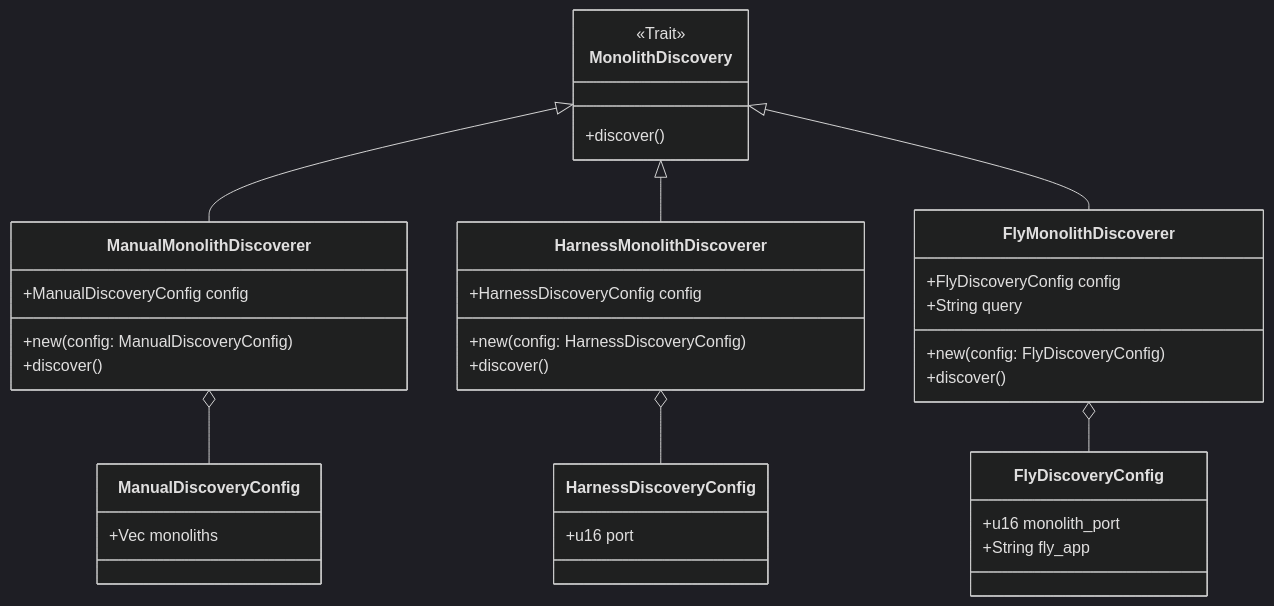
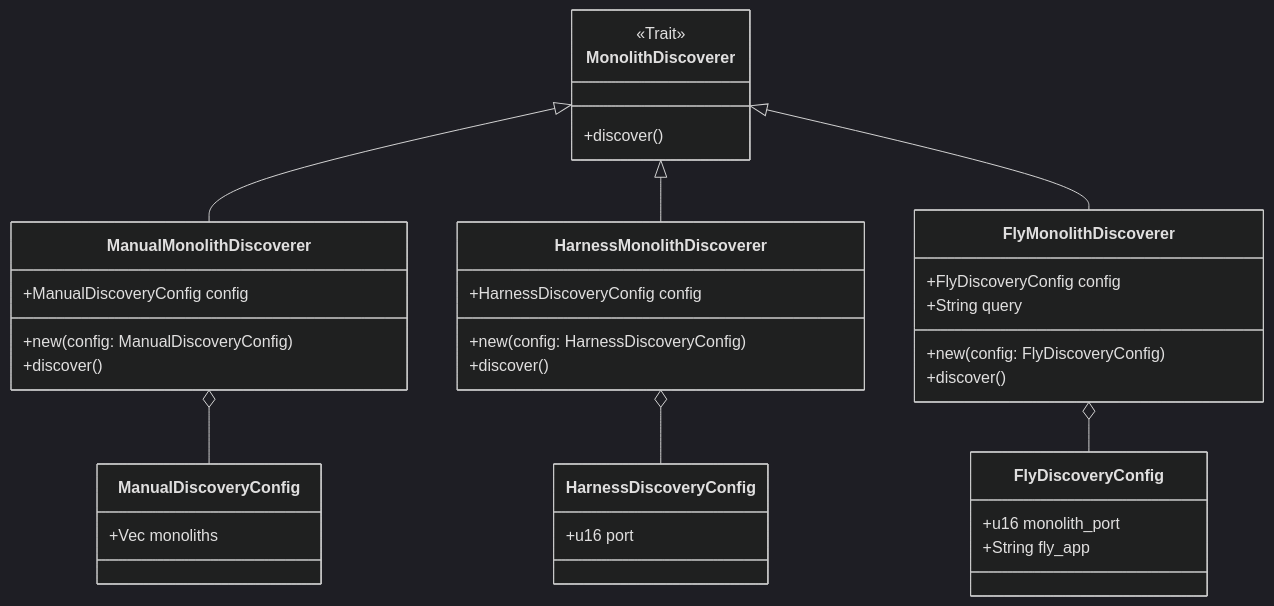
One commit to dyc3/senior-design changed the diagram in figures/monolith-discoverers.mmd. Above: the diagram before and after it, drawn with Mermaid (dark theme). The commit also changed 3 other files, not shown here.

Commit message:
update monolith discovery diagrams (#192)

```diff
--- a/figures/monolith-discoverers.mmd
+++ b/figures/monolith-discoverers.mmd
@@ -1,35 +1,35 @@
 classDiagram
     direction BT
-    class MonolithDiscovery {
+    class MonolithDiscoverer {
         <<Trait>>
         +discover()
     }
-    ManualMonolithDiscoverer --|> MonolithDiscovery
-    HarnessMonolithDiscoverer --|> MonolithDiscovery
-    FlyMonolithDiscoverer --|> MonolithDiscovery
+    ManualMonolithDiscoverer --|> MonolithDiscoverer
+    HarnessMonolithDiscoverer --|> MonolithDiscoverer
+    FlyMonolithDiscoverer --|> MonolithDiscoverer
 
     FlyDiscoveryConfig --o FlyMonolithDiscoverer
     FlyDiscoveryConfig : +u16 monolith_port
     FlyDiscoveryConfig : +String fly_app
     class FlyMonolithDiscoverer{
         +FlyDiscoveryConfig config
         +String query
         +new(config: FlyDiscoveryConfig)
         +discover()
     }
 
     ManualDiscoveryConfig --o ManualMonolithDiscoverer
     ManualDiscoveryConfig : +Vec monoliths
     class ManualMonolithDiscoverer{
         +ManualDiscoveryConfig config
         +new(config: ManualDiscoveryConfig)
         +discover()
     }
 
     HarnessDiscoveryConfig --o HarnessMonolithDiscoverer
     HarnessDiscoveryConfig : +u16 port
     class HarnessMonolithDiscoverer{
         +HarnessDiscoveryConfig config
         +new(config: HarnessDiscoveryConfig)
         +discover()
     }
```
